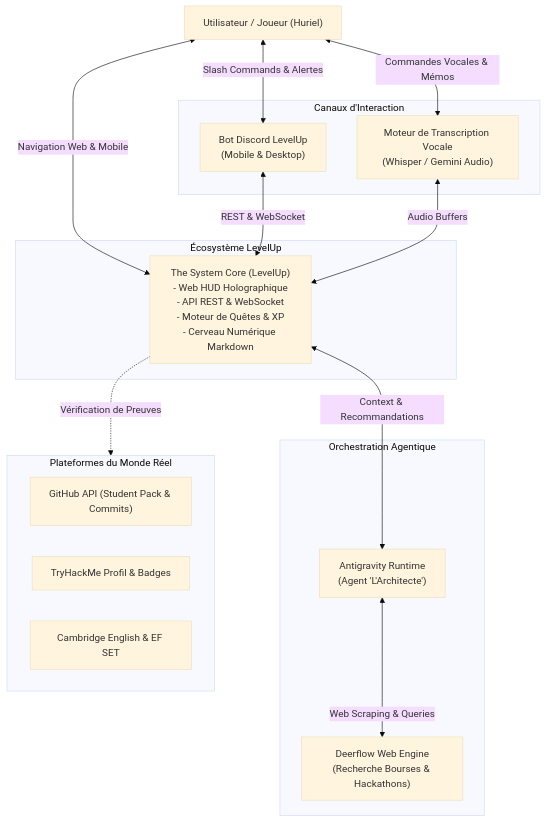
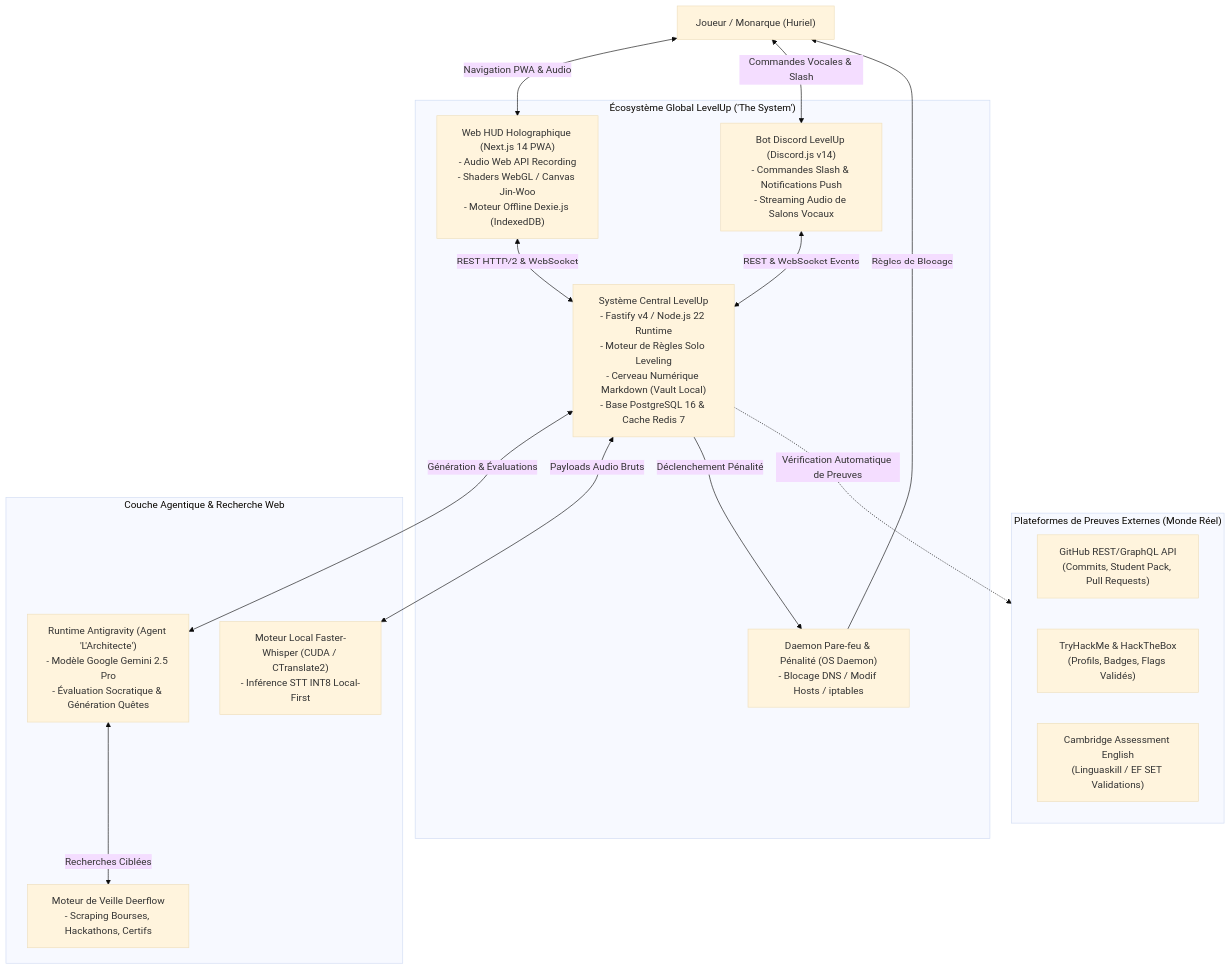
Before and after one commit to GeovanioH/LevelUp: the first of 5 diagrams in docs/02-TRD.md, drawn with Mermaid (base theme). The commit also changed other lines of this file, not shown here.

Commit message:
docs(trd): expand 02-TRD.md to 100KB with C4 architecture, audio DSP, BullMQ, Dexie sync, and NVML sentinel

````diff
--- a/docs/02-TRD.md
+++ b/docs/02-TRD.md
@@ -16,34 +18,34 @@
 ```mermaid
 flowchart TD
-    User["Utilisateur / Joueur (Huriel)"]
+    User["Joueur / Monarque (Huriel)"]
 
-    subgraph Boundaries ["Écosystème LevelUp"]
-        SystemCore["The System Core (LevelUp)<br>- Web HUD Holographique<br>- API REST & WebSocket<br>- Moteur de Quêtes & XP<br>- Cerveau Numérique Markdown"]
+    subgraph LevelUpSystem ["Écosystème Global LevelUp ('The System')"]
+        Core["Système Central LevelUp<br>- Fastify v4 / Node.js 22 Runtime<br>- Moteur de Règles Solo Leveling<br>- Cerveau Numérique Markdown (Vault Local)<br>- Base PostgreSQL 16 & Cache Redis 7"]
+        WebHUD["Web HUD Holographique (Next.js 14 PWA)<br>- Audio Web API Recording<br>- Shaders WebGL / Canvas Jin-Woo<br>- Moteur Offline Dexie.js (IndexedDB)"]
+        DiscordBot["Bot Discord LevelUp (Discord.js v14)<br>- Commandes Slash & Notifications Push<br>- Streaming Audio de Salons Vocaux"]
+        PenaltyDaemon["Daemon Pare-feu & Pénalité (OS Daemon)<br>- Blocage DNS / Modif Hosts / iptables"]
     end
 
-    subgraph Interfaces ["Canaux d'Interaction"]
-        DiscordBot["Bot Discord LevelUp<br>(Mobile & Desktop)"]
-        VoiceEngine["Moteur de Transcription Vocale<br>(Whisper / Gemini Audio)"]
+    subgraph ExternalIntelligence ["Couche Agentique & Recherche Web"]
+        AntigravityAgent["Runtime Antigravity (Agent 'L'Architecte')<br>- Modèle Google Gemini 2.5 Pro<br>- Évaluation Socratique & Génération Quêtes"]
+        DeerflowEngine["Moteur de Veille Deerflow<br>- Scraping Bourses, Hackathons, Certifs"]
+        FasterWhisper["Moteur Local Faster-Whisper (CUDA / CTranslate2)<br>- Inférence STT INT8 Local-First"]
     end
 
-    subgraph Intelligence ["Orchestration Agentique"]
-        Antigravity["Antigravity Runtime<br>(Agent 'L'Architecte')"]
-        Deerflow["Deerflow Web Engine<br>(Recherche Bourses & Hackathons)"]
+    subgraph RealWorldPlatforms ["Plateformes de Preuves Externes (Monde Réel)"]
+        GitHubAPI["GitHub REST/GraphQL API<br>(Commits, Student Pack, Pull Requests)"]
+        TryHackMeAPI["TryHackMe & HackTheBox<br>(Profils, Badges, Flags Validés)"]
+        CambridgeCert["Cambridge Assessment English<br>(Linguaskill / EF SET Validations)"]
     end
 
-    subgraph ExternalServices ["Plateformes du Monde Réel"]
-        GitHub["GitHub API (Student Pack & Commits)"]
-        TryHackMe["TryHackMe Profil & Badges"]
-        Cambridge["Cambridge English & EF SET"]
-    end
-
-    User <-->|Navigation Web & Mobile| SystemCore
-    User <-->|Commandes Vocales & Mémos| VoiceEngine
-    User <-->|Slash Commands & Alertes| DiscordBot
-
-    DiscordBot <-->|REST & WebSocket| SystemCore
-    VoiceEngine <-->|Audio Buffers| SystemCore
-    SystemCore <-->|Context & Recommandations| Antigravity
-    Antigravity <-->|Web Scraping & Queries| Deerflow
-    SystemCore -.->|Vérification de Preuves| ExternalServices
+    User <-->|Navigation PWA & Audio| WebHUD
+    User <-->|Commandes Vocales & Slash| DiscordBot
+    WebHUD <-->|REST HTTP/2 & WebSocket| Core
+    DiscordBot <-->|REST & WebSocket Events| Core
+    Core <-->|Génération & Évaluations| AntigravityAgent
+    Core <-->|Payloads Audio Bruts| FasterWhisper
+    AntigravityAgent <-->|Recherches Ciblées| DeerflowEngine
+    Core -.->|Vérification Automatique de Preuves| RealWorldPlatforms
+    Core -->|Déclenchement Pénalité| PenaltyDaemon
+    PenaltyDaemon -->|Règles de Blocage| User
 ```
````
